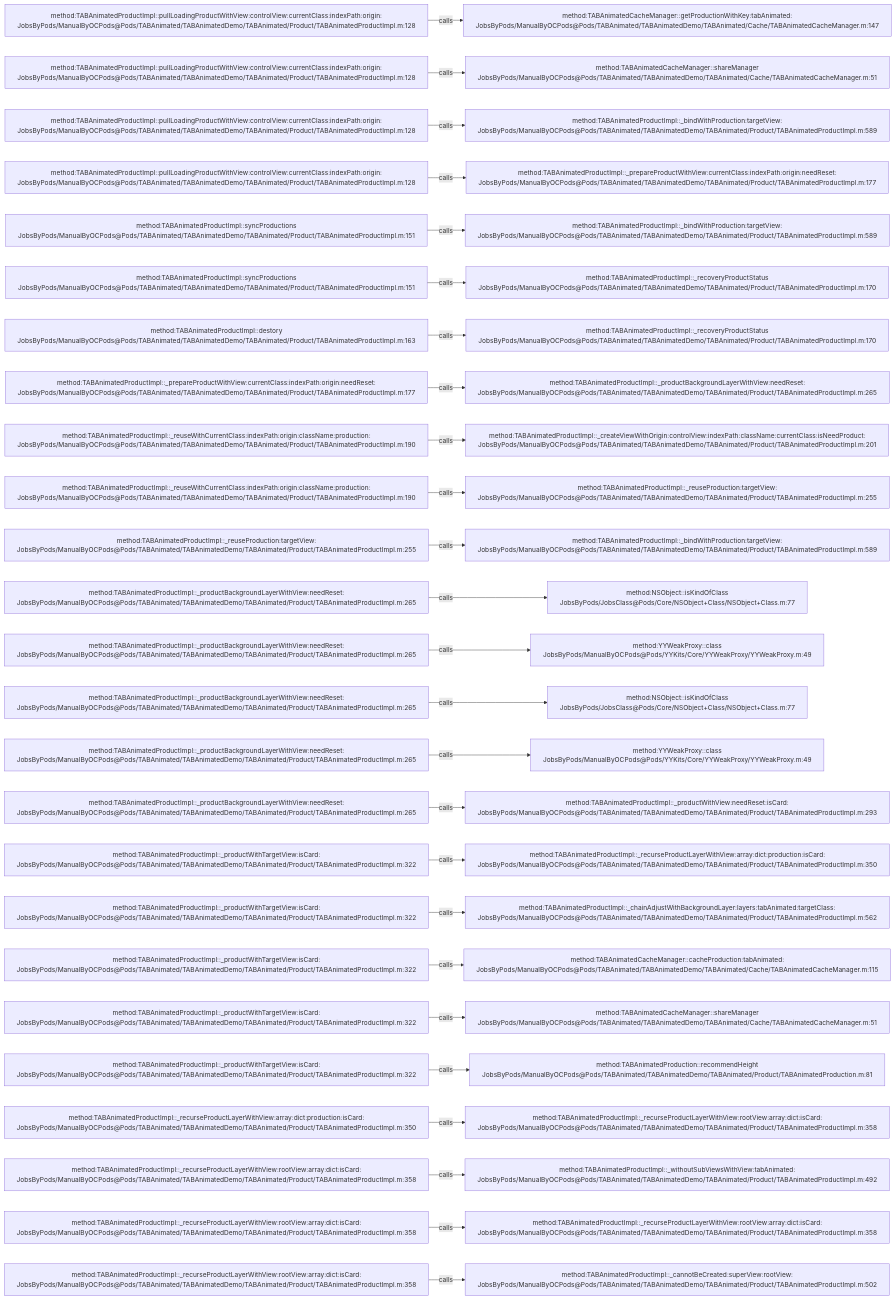
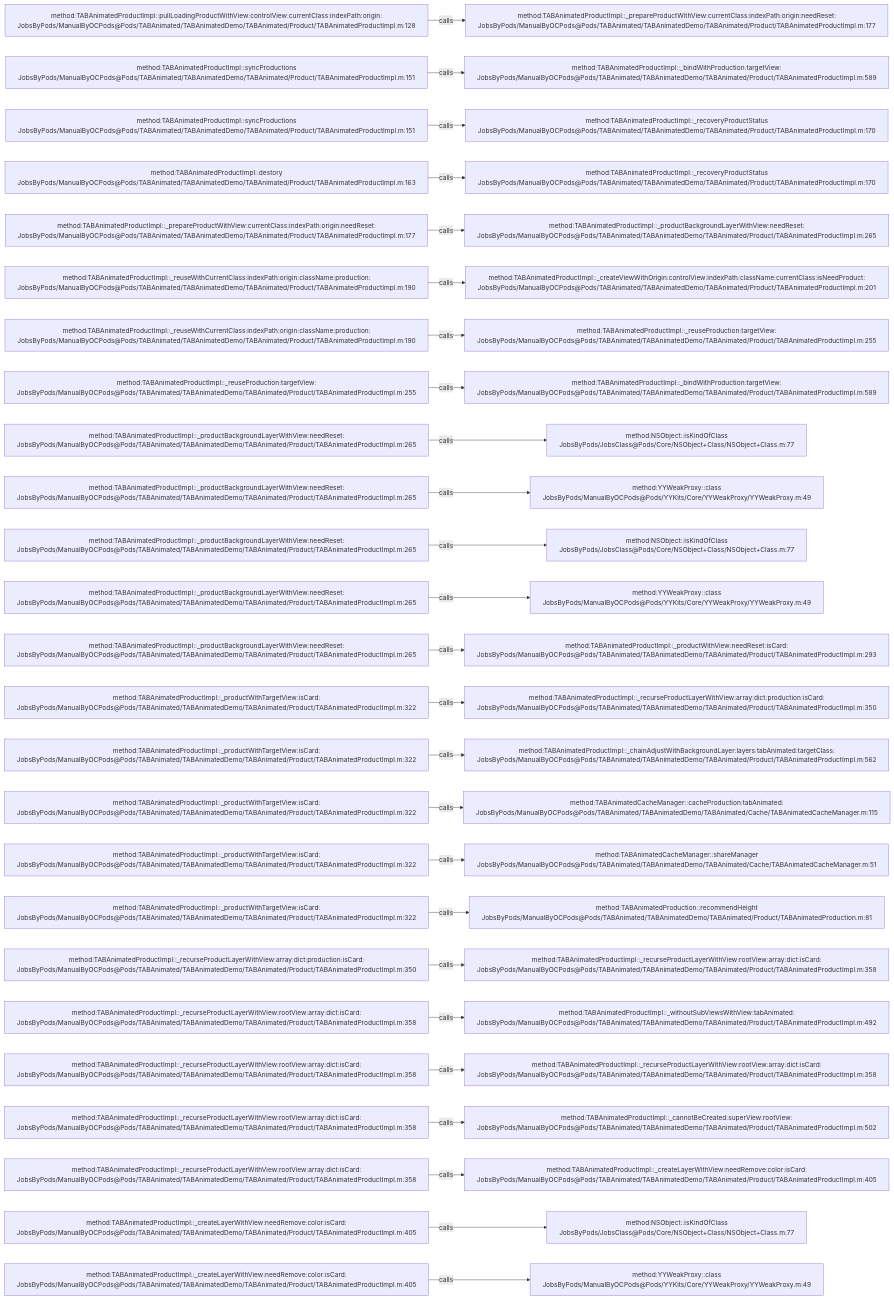
One commit to JobsKits/JobsOCBaseConfigDemo changed the diagram in .codegraph/codegraph.md/graphs/calls-037.md. Above: the diagram before and after it, drawn with Mermaid. The commit also changed 342 other files, not shown here.

````diff
--- a/.codegraph/codegraph.md/graphs/calls-037.md
+++ b/.codegraph/codegraph.md/graphs/calls-037.md
@@ -13,78 +13,78 @@
 ```mermaid
 flowchart LR
   S1["method:TABAnimatedProductImpl::pullLoadingProductWithView:controlView:currentClass:indexPath:origin:<br/>JobsByPods/ManualByOCPods@Pods/TABAnimated/TABAnimatedDemo/TABAnimated/Product/TABAnimatedProductImpl.m:128"]
-  T1["method:TABAnimatedCacheManager::getProductionWithKey:tabAnimated:<br/>JobsByPods/ManualByOCPods@Pods/TABAnimated/TABAnimatedDemo/TABAnimated/Cache/TABAnimatedCacheManager.m:147"]
+  T1["method:TABAnimatedProductImpl::_prepareProductWithView:currentClass:indexPath:origin:needReset:<br/>JobsByPods/ManualByOCPods@Pods/TABAnimated/TABAnimatedDemo/TABAnimated/Product/TABAnimatedProductImpl.m:177"]
   S1 -->|calls| T1
-  S2["method:TABAnimatedProductImpl::pullLoadingProductWithView:controlView:currentClass:indexPath:origin:<br/>JobsByPods/ManualByOCPods@Pods/TABAnimated/TABAnimatedDemo/TABAnimated/Product/TABAnimatedProductImpl.m:128"]
-  T2["method:TABAnimatedCacheManager::shareManager<br/>JobsByPods/ManualByOCPods@Pods/TABAnimated/TABAnimatedDemo/TABAnimated/Cache/TABAnimatedCacheManager.m:51"]
+  S2["method:TABAnimatedProductImpl::syncProductions<br/>JobsByPods/ManualByOCPods@Pods/TABAnimated/TABAnimatedDemo/TABAnimated/Product/TABAnimatedProductImpl.m:151"]
+  T2["method:TABAnimatedProductImpl::_bindWithProduction:targetView:<br/>JobsByPods/ManualByOCPods@Pods/TABAnimated/TABAnimatedDemo/TABAnimated/Product/TABAnimatedProductImpl.m:589"]
   S2 -->|calls| T2
-  S3["method:TABAnimatedProductImpl::pullLoadingProductWithView:controlView:currentClass:indexPath:origin:<br/>JobsByPods/ManualByOCPods@Pods/TABAnimated/TABAnimatedDemo/TABAnimated/Product/TABAnimatedProductImpl.m:128"]
-  T3["method:TABAnimatedProductImpl::_bindWithProduction:targetView:<br/>JobsByPods/ManualByOCPods@Pods/TABAnimated/TABAnimatedDemo/TABAnimated/Product/TABAnimatedProductImpl.m:589"]
+  S3["method:TABAnimatedProductImpl::syncProductions<br/>JobsByPods/ManualByOCPods@Pods/TABAnimated/TABAnimatedDemo/TABAnimated/Product/TABAnimatedProductImpl.m:151"]
+  T3["method:TABAnimatedProductImpl::_recoveryProductStatus<br/>JobsByPods/ManualByOCPods@Pods/TABAnimated/TABAnimatedDemo/TABAnimated/Product/TABAnimatedProductImpl.m:170"]
   S3 -->|calls| T3
-  S4["method:TABAnimatedProductImpl::pullLoadingProductWithView:controlView:currentClass:indexPath:origin:<br/>JobsByPods/ManualByOCPods@Pods/TABAnimated/TABAnimatedDemo/TABAnimated/Product/TABAnimatedProductImpl.m:128"]
-  T4["method:TABAnimatedProductImpl::_prepareProductWithView:currentClass:indexPath:origin:needReset:<br/>JobsByPods/ManualByOCPods@Pods/TABAnimated/TABAnimatedDemo/TABAnimated/Product/TABAnimatedProductImpl.m:177"]
+  S4["method:TABAnimatedProductImpl::destory<br/>JobsByPods/ManualByOCPods@Pods/TABAnimated/TABAnimatedDemo/TABAnimated/Product/TABAnimatedProductImpl.m:163"]
+  T4["method:TABAnimatedProductImpl::_recoveryProductStatus<br/>JobsByPods/ManualByOCPods@Pods/TABAnimated/TABAnimatedDemo/TABAnimated/Product/TABAnimatedProductImpl.m:170"]
   S4 -->|calls| T4
-  S5["method:TABAnimatedProductImpl::syncProductions<br/>JobsByPods/ManualByOCPods@Pods/TABAnimated/TABAnimatedDemo/TABAnimated/Product/TABAnimatedProductImpl.m:151"]
-  T5["method:TABAnimatedProductImpl::_bindWithProduction:targetView:<br/>JobsByPods/ManualByOCPods@Pods/TABAnimated/TABAnimatedDemo/TABAnimated/Product/TABAnimatedProductImpl.m:589"]
+  S5["method:TABAnimatedProductImpl::_prepareProductWithView:currentClass:indexPath:origin:needReset:<br/>JobsByPods/ManualByOCPods@Pods/TABAnimated/TABAnimatedDemo/TABAnimated/Product/TABAnimatedProductImpl.m:177"]
+  T5["method:TABAnimatedProductImpl::_productBackgroundLayerWithView:needReset:<br/>JobsByPods/ManualByOCPods@Pods/TABAnimated/TABAnimatedDemo/TABAnimated/Product/TABAnimatedProductImpl.m:265"]
   S5 -->|calls| T5
-  S6["method:TABAnimatedProductImpl::syncProductions<br/>JobsByPods/ManualByOCPods@Pods/TABAnimated/TABAnimatedDemo/TABAnimated/Product/TABAnimatedProductImpl.m:151"]
-  T6["method:TABAnimatedProductImpl::_recoveryProductStatus<br/>JobsByPods/ManualByOCPods@Pods/TABAnimated/TABAnimatedDemo/TABAnimated/Product/TABAnimatedProductImpl.m:170"]
+  S6["method:TABAnimatedProductImpl::_reuseWithCurrentClass:indexPath:origin:className:production:<br/>JobsByPods/ManualByOCPods@Pods/TABAnimated/TABAnimatedDemo/TABAnimated/Product/TABAnimatedProductImpl.m:190"]
+  T6["method:TABAnimatedProductImpl::_createViewWithOrigin:controlView:indexPath:className:currentClass:isNeedProduct:<br/>JobsByPods/ManualByOCPods@Pods/TABAnimated/TABAnimatedDemo/TABAnimated/Product/TABAnimatedProductImpl.m:201"]
   S6 -->|calls| T6
-  S7["method:TABAnimatedProductImpl::destory<br/>JobsByPods/ManualByOCPods@Pods/TABAnimated/TABAnimatedDemo/TABAnimated/Product/TABAnimatedProductImpl.m:163"]
-  T7["method:TABAnimatedProductImpl::_recoveryProductStatus<br/>JobsByPods/ManualByOCPods@Pods/TABAnimated/TABAnimatedDemo/TABAnimated/Product/TABAnimatedProductImpl.m:170"]
+  S7["method:TABAnimatedProductImpl::_reuseWithCurrentClass:indexPath:origin:className:production:<br/>JobsByPods/ManualByOCPods@Pods/TABAnimated/TABAnimatedDemo/TABAnimated/Product/TABAnimatedProductImpl.m:190"]
+  T7["method:TABAnimatedProductImpl::_reuseProduction:targetView:<br/>JobsByPods/ManualByOCPods@Pods/TABAnimated/TABAnimatedDemo/TABAnimated/Product/TABAnimatedProductImpl.m:255"]
   S7 -->|calls| T7
-  S8["method:TABAnimatedProductImpl::_prepareProductWithView:currentClass:indexPath:origin:needReset:<br/>JobsByPods/ManualByOCPods@Pods/TABAnimated/TABAnimatedDemo/TABAnimated/Product/TABAnimatedProductImpl.m:177"]
-  T8["method:TABAnimatedProductImpl::_productBackgroundLayerWithView:needReset:<br/>JobsByPods/ManualByOCPods@Pods/TABAnimated/TABAnimatedDemo/TABAnimated/Product/TABAnimatedProductImpl.m:265"]
+  S8["method:TABAnimatedProductImpl::_reuseProduction:targetView:<br/>JobsByPods/ManualByOCPods@Pods/TABAnimated/TABAnimatedDemo/TABAnimated/Product/TABAnimatedProductImpl.m:255"]
+  T8["method:TABAnimatedProductImpl::_bindWithProduction:targetView:<br/>JobsByPods/ManualByOCPods@Pods/TABAnimated/TABAnimatedDemo/TABAnimated/Product/TABAnimatedProductImpl.m:589"]
   S8 -->|calls| T8
-  S9["method:TABAnimatedProductImpl::_reuseWithCurrentClass:indexPath:origin:className:production:<br/>JobsByPods/ManualByOCPods@Pods/TABAnimated/TABAnimatedDemo/TABAnimated/Product/TABAnimatedProductImpl.m:190"]
-  T9["method:TABAnimatedProductImpl::_createViewWithOrigin:controlView:indexPath:className:currentClass:isNeedProduct:<br/>JobsByPods/ManualByOCPods@Pods/TABAnimated/TABAnimatedDemo/TABAnimated/Product/TABAnimatedProductImpl.m:201"]
+  S9["method:TABAnimatedProductImpl::_productBackgroundLayerWithView:needReset:<br/>JobsByPods/ManualByOCPods@Pods/TABAnimated/TABAnimatedDemo/TABAnimated/Product/TABAnimatedProductImpl.m:265"]
+  T9["method:NSObject::isKindOfClass<br/>JobsByPods/JobsClass@Pods/Core/NSObject+Class/NSObject+Class.m:77"]
   S9 -->|calls| T9
-  S10["method:TABAnimatedProductImpl::_reuseWithCurrentClass:indexPath:origin:className:production:<br/>JobsByPods/ManualByOCPods@Pods/TABAnimated/TABAnimatedDemo/TABAnimated/Product/TABAnimatedProductImpl.m:190"]
-  T10["method:TABAnimatedProductImpl::_reuseProduction:targetView:<br/>JobsByPods/ManualByOCPods@Pods/TABAnimated/TABAnimatedDemo/TABAnimated/Product/TABAnimatedProductImpl.m:255"]
+  S10["method:TABAnimatedProductImpl::_productBackgroundLayerWithView:needReset:<br/>JobsByPods/ManualByOCPods@Pods/TABAnimated/TABAnimatedDemo/TABAnimated/Product/TABAnimatedProductImpl.m:265"]
+  T10["method:YYWeakProxy::class<br/>JobsByPods/ManualByOCPods@Pods/YYKits/Core/YYWeakProxy/YYWeakProxy.m:49"]
   S10 -->|calls| T10
-  S11["method:TABAnimatedProductImpl::_reuseProduction:targetView:<br/>JobsByPods/ManualByOCPods@Pods/TABAnimated/TABAnimatedDemo/TABAnimated/Product/TABAnimatedProductImpl.m:255"]
-  T11["method:TABAnimatedProductImpl::_bindWithProduction:targetView:<br/>JobsByPods/ManualByOCPods@Pods/TABAnimated/TABAnimatedDemo/TABAnimated/Product/TABAnimatedProductImpl.m:589"]
+  S11["method:TABAnimatedProductImpl::_productBackgroundLayerWithView:needReset:<br/>JobsByPods/ManualByOCPods@Pods/TABAnimated/TABAnimatedDemo/TABAnimated/Product/TABAnimatedProductImpl.m:265"]
+  T11["method:NSObject::isKindOfClass<br/>JobsByPods/JobsClass@Pods/Core/NSObject+Class/NSObject+Class.m:77"]
   S11 -->|calls| T11
   S12["method:TABAnimatedProductImpl::_productBackgroundLayerWithView:needReset:<br/>JobsByPods/ManualByOCPods@Pods/TABAnimated/TABAnimatedDemo/TABAnimated/Product/TABAnimatedProductImpl.m:265"]
-  T12["method:NSObject::isKindOfClass<br/>JobsByPods/JobsClass@Pods/Core/NSObject+Class/NSObject+Class.m:77"]
+  T12["method:YYWeakProxy::class<br/>JobsByPods/ManualByOCPods@Pods/YYKits/Core/YYWeakProxy/YYWeakProxy.m:49"]
   S12 -->|calls| T12
   S13["method:TABAnimatedProductImpl::_productBackgroundLayerWithView:needReset:<br/>JobsByPods/ManualByOCPods@Pods/TABAnimated/TABAnimatedDemo/TABAnimated/Product/TABAnimatedProductImpl.m:265"]
-  T13["method:YYWeakProxy::class<br/>JobsByPods/ManualByOCPods@Pods/YYKits/Core/YYWeakProxy/YYWeakProxy.m:49"]
+  T13["method:TABAnimatedProductImpl::_productWithView:needReset:isCard:<br/>JobsByPods/ManualByOCPods@Pods/TABAnimated/TABAnimatedDemo/TABAnimated/Product/TABAnimatedProductImpl.m:293"]
   S13 -->|calls| T13
-  S14["method:TABAnimatedProductImpl::_productBackgroundLayerWithView:needReset:<br/>JobsByPods/ManualByOCPods@Pods/TABAnimated/TABAnimatedDemo/TABAnimated/Product/TABAnimatedProductImpl.m:265"]
-  T14["method:NSObject::isKindOfClass<br/>JobsByPods/JobsClass@Pods/Core/NSObject+Class/NSObject+Class.m:77"]
+  S14["method:TABAnimatedProductImpl::_productWithTargetView:isCard:<br/>JobsByPods/ManualByOCPods@Pods/TABAnimated/TABAnimatedDemo/TABAnimated/Product/TABAnimatedProductImpl.m:322"]
+  T14["method:TABAnimatedProductImpl::_recurseProductLayerWithView:array:dict:production:isCard:<br/>JobsByPods/ManualByOCPods@Pods/TABAnimated/TABAnimatedDemo/TABAnimated/Product/TABAnimatedProductImpl.m:350"]
   S14 -->|calls| T14
-  S15["method:TABAnimatedProductImpl::_productBackgroundLayerWithView:needReset:<br/>JobsByPods/ManualByOCPods@Pods/TABAnimated/TABAnimatedDemo/TABAnimated/Product/TABAnimatedProductImpl.m:265"]
-  T15["method:YYWeakProxy::class<br/>JobsByPods/ManualByOCPods@Pods/YYKits/Core/YYWeakProxy/YYWeakProxy.m:49"]
+  S15["method:TABAnimatedProductImpl::_productWithTargetView:isCard:<br/>JobsByPods/ManualByOCPods@Pods/TABAnimated/TABAnimatedDemo/TABAnimated/Product/TABAnimatedProductImpl.m:322"]
+  T15["method:TABAnimatedProductImpl::_chainAdjustWithBackgroundLayer:layers:tabAnimated:targetClass:<br/>JobsByPods/ManualByOCPods@Pods/TABAnimated/TABAnimatedDemo/TABAnimated/Product/TABAnimatedProductImpl.m:562"]
   S15 -->|calls| T15
-  S16["method:TABAnimatedProductImpl::_productBackgroundLayerWithView:needReset:<br/>JobsByPods/ManualByOCPods@Pods/TABAnimated/TABAnimatedDemo/TABAnimated/Product/TABAnimatedProductImpl.m:265"]
-  T16["method:TABAnimatedProductImpl::_productWithView:needReset:isCard:<br/>JobsByPods/ManualByOCPods@Pods/TABAnimated/TABAnimatedDemo/TABAnimated/Product/TABAnimatedProductImpl.m:293"]
+  S16["method:TABAnimatedProductImpl::_productWithTargetView:isCard:<br/>JobsByPods/ManualByOCPods@Pods/TABAnimated/TABAnimatedDemo/TABAnimated/Product/TABAnimatedProductImpl.m:322"]
+  T16["method:TABAnimatedCacheManager::cacheProduction:tabAnimated:<br/>JobsByPods/ManualByOCPods@Pods/TABAnimated/TABAnimatedDemo/TABAnimated/Cache/TABAnimatedCacheManager.m:115"]
   S16 -->|calls| T16
   S17["method:TABAnimatedProductImpl::_productWithTargetView:isCard:<br/>JobsByPods/ManualByOCPods@Pods/TABAnimated/TABAnimatedDemo/TABAnimated/Product/TABAnimatedProductImpl.m:322"]
-  T17["method:TABAnimatedProductImpl::_recurseProductLayerWithView:array:dict:production:isCard:<br/>JobsByPods/ManualByOCPods@Pods/TABAnimated/TABAnimatedDemo/TABAnimated/Product/TABAnimatedProductImpl.m:350"]
+  T17["method:TABAnimatedCacheManager::shareManager<br/>JobsByPods/ManualByOCPods@Pods/TABAnimated/TABAnimatedDemo/TABAnimated/Cache/TABAnimatedCacheManager.m:51"]
   S17 -->|calls| T17
   S18["method:TABAnimatedProductImpl::_productWithTargetView:isCard:<br/>JobsByPods/ManualByOCPods@Pods/TABAnimated/TABAnimatedDemo/TABAnimated/Product/TABAnimatedProductImpl.m:322"]
-  T18["method:TABAnimatedProductImpl::_chainAdjustWithBackgroundLayer:layers:tabAnimated:targetClass:<br/>JobsByPods/ManualByOCPods@Pods/TABAnimated/TABAnimatedDemo/TABAnimated/Product/TABAnimatedProductImpl.m:562"]
+  T18["method:TABAnimatedProduction::recommendHeight<br/>JobsByPods/ManualByOCPods@Pods/TABAnimated/TABAnimatedDemo/TABAnimated/Product/TABAnimatedProduction.m:81"]
   S18 -->|calls| T18
-  S19["method:TABAnimatedProductImpl::_productWithTargetView:isCard:<br/>JobsByPods/ManualByOCPods@Pods/TABAnimated/TABAnimatedDemo/TABAnimated/Product/TABAnimatedProductImpl.m:322"]
-  T19["method:TABAnimatedCacheManager::cacheProduction:tabAnimated:<br/>JobsByPods/ManualByOCPods@Pods/TABAnimated/TABAnimatedDemo/TABAnimated/Cache/TABAnimatedCacheManager.m:115"]
+  S19["method:TABAnimatedProductImpl::_recurseProductLayerWithView:array:dict:production:isCard:<br/>JobsByPods/ManualByOCPods@Pods/TABAnimated/TABAnimatedDemo/TABAnimated/Product/TABAnimatedProductImpl.m:350"]
+  T19["method:TABAnimatedProductImpl::_recurseProductLayerWithView:rootView:array:dict:isCard:<br/>JobsByPods/ManualByOCPods@Pods/TABAnimated/TABAnimatedDemo/TABAnimated/Product/TABAnimatedProductImpl.m:358"]
   S19 -->|calls| T19
-  S20["method:TABAnimatedProductImpl::_productWithTargetView:isCard:<br/>JobsByPods/ManualByOCPods@Pods/TABAnimated/TABAnimatedDemo/TABAnimated/Product/TABAnimatedProductImpl.m:322"]
-  T20["method:TABAnimatedCacheManager::shareManager<br/>JobsByPods/ManualByOCPods@Pods/TABAnimated/TABAnimatedDemo/TABAnimated/Cache/TABAnimatedCacheManager.m:51"]
+  S20["method:TABAnimatedProductImpl::_recurseProductLayerWithView:rootView:array:dict:isCard:<br/>JobsByPods/ManualByOCPods@Pods/TABAnimated/TABAnimatedDemo/TABAnimated/Product/TABAnimatedProductImpl.m:358"]
+  T20["method:TABAnimatedProductImpl::_withoutSubViewsWithView:tabAnimated:<br/>JobsByPods/ManualByOCPods@Pods/TABAnimated/TABAnimatedDemo/TABAnimated/Product/TABAnimatedProductImpl.m:492"]
   S20 -->|calls| T20
-  S21["method:TABAnimatedProductImpl::_productWithTargetView:isCard:<br/>JobsByPods/ManualByOCPods@Pods/TABAnimated/TABAnimatedDemo/TABAnimated/Product/TABAnimatedProductImpl.m:322"]
-  T21["method:TABAnimatedProduction::recommendHeight<br/>JobsByPods/ManualByOCPods@Pods/TABAnimated/TABAnimatedDemo/TABAnimated/Product/TABAnimatedProduction.m:81"]
+  S21["method:TABAnimatedProductImpl::_recurseProductLayerWithView:rootView:array:dict:isCard:<br/>JobsByPods/ManualByOCPods@Pods/TABAnimated/TABAnimatedDemo/TABAnimated/Product/TABAnimatedProductImpl.m:358"]
+  T21["method:TABAnimatedProductImpl::_recurseProductLayerWithView:rootView:array:dict:isCard:<br/>JobsByPods/ManualByOCPods@Pods/TABAnimated/TABAnimatedDemo/TABAnimated/Product/TABAnimatedProductImpl.m:358"]
   S21 -->|calls| T21
-  S22["method:TABAnimatedProductImpl::_recurseProductLayerWithView:array:dict:production:isCard:<br/>JobsByPods/ManualByOCPods@Pods/TABAnimated/TABAnimatedDemo/TABAnimated/Product/TABAnimatedProductImpl.m:350"]
-  T22["method:TABAnimatedProductImpl::_recurseProductLayerWithView:rootView:array:dict:isCard:<br/>JobsByPods/ManualByOCPods@Pods/TABAnimated/TABAnimatedDemo/TABAnimated/Product/TABAnimatedProductImpl.m:358"]
+  S22["method:TABAnimatedProductImpl::_recurseProductLayerWithView:rootView:array:dict:isCard:<br/>JobsByPods/ManualByOCPods@Pods/TABAnimated/TABAnimatedDemo/TABAnimated/Product/TABAnimatedProductImpl.m:358"]
+  T22["method:TABAnimatedProductImpl::_cannotBeCreated:superView:rootView:<br/>JobsByPods/ManualByOCPods@Pods/TABAnimated/TABAnimatedDemo/TABAnimated/Product/TABAnimatedProductImpl.m:502"]
   S22 -->|calls| T22
   S23["method:TABAnimatedProductImpl::_recurseProductLayerWithView:rootView:array:dict:isCard:<br/>JobsByPods/ManualByOCPods@Pods/TABAnimated/TABAnimatedDemo/TABAnimated/Product/TABAnimatedProductImpl.m:358"]
-  T23["method:TABAnimatedProductImpl::_withoutSubViewsWithView:tabAnimated:<br/>JobsByPods/ManualByOCPods@Pods/TABAnimated/TABAnimatedDemo/TABAnimated/Product/TABAnimatedProductImpl.m:492"]
+  T23["method:TABAnimatedProductImpl::_createLayerWithView:needRemove:color:isCard:<br/>JobsByPods/ManualByOCPods@Pods/TABAnimated/TABAnimatedDemo/TABAnimated/Product/TABAnimatedProductImpl.m:405"]
   S23 -->|calls| T23
-  S24["method:TABAnimatedProductImpl::_recurseProductLayerWithView:rootView:array:dict:isCard:<br/>JobsByPods/ManualByOCPods@Pods/TABAnimated/TABAnimatedDemo/TABAnimated/Product/TABAnimatedProductImpl.m:358"]
-  T24["method:TABAnimatedProductImpl::_recurseProductLayerWithView:rootView:array:dict:isCard:<br/>JobsByPods/ManualByOCPods@Pods/TABAnimated/TABAnimatedDemo/TABAnimated/Product/TABAnimatedProductImpl.m:358"]
+  S24["method:TABAnimatedProductImpl::_createLayerWithView:needRemove:color:isCard:<br/>JobsByPods/ManualByOCPods@Pods/TABAnimated/TABAnimatedDemo/TABAnimated/Product/TABAnimatedProductImpl.m:405"]
+  T24["method:NSObject::isKindOfClass<br/>JobsByPods/JobsClass@Pods/Core/NSObject+Class/NSObject+Class.m:77"]
   S24 -->|calls| T24
-  S25["method:TABAnimatedProductImpl::_recurseProductLayerWithView:rootView:array:dict:isCard:<br/>JobsByPods/ManualByOCPods@Pods/TABAnimated/TABAnimatedDemo/TABAnimated/Product/TABAnimatedProductImpl.m:358"]
-  T25["method:TABAnimatedProductImpl::_cannotBeCreated:superView:rootView:<br/>JobsByPods/ManualByOCPods@Pods/TABAnimated/TABAnimatedDemo/TABAnimated/Product/TABAnimatedProductImpl.m:502"]
+  S25["method:TABAnimatedProductImpl::_createLayerWithView:needRemove:color:isCard:<br/>JobsByPods/ManualByOCPods@Pods/TABAnimated/TABAnimatedDemo/TABAnimated/Product/TABAnimatedProductImpl.m:405"]
+  T25["method:YYWeakProxy::class<br/>JobsByPods/ManualByOCPods@Pods/YYKits/Core/YYWeakProxy/YYWeakProxy.m:49"]
   S25 -->|calls| T25
 ```
````
